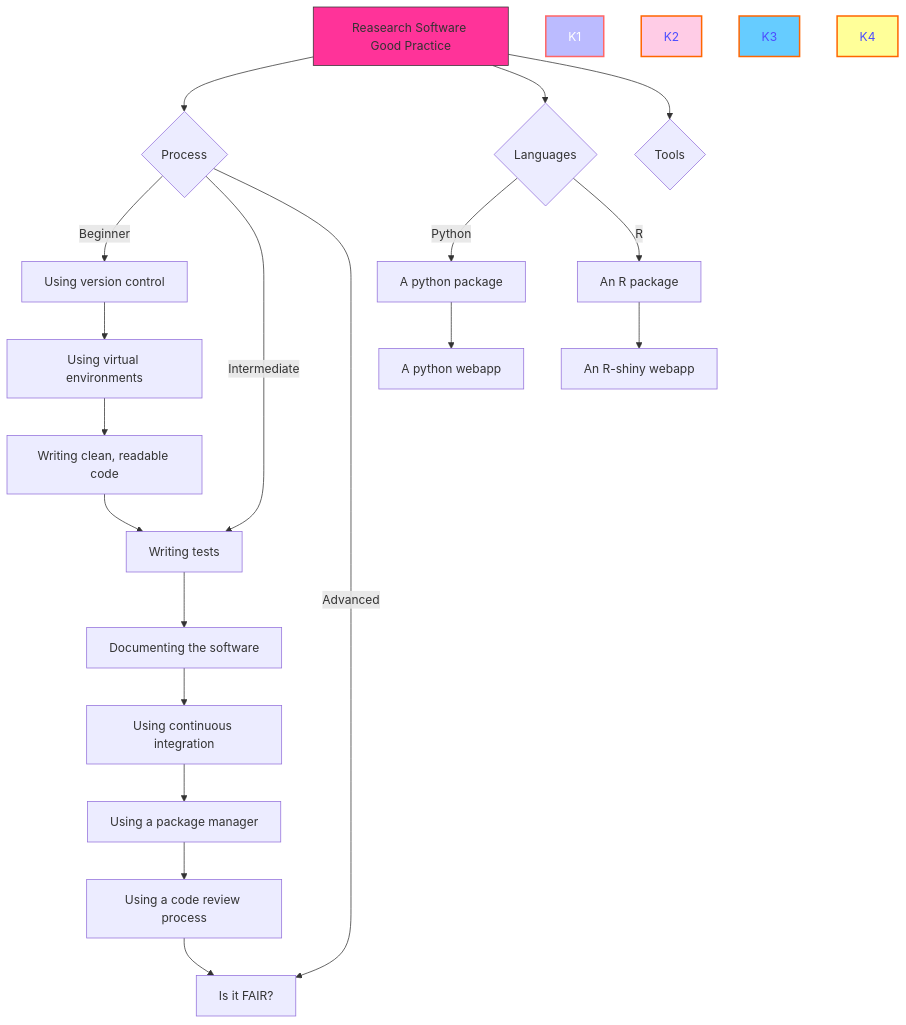
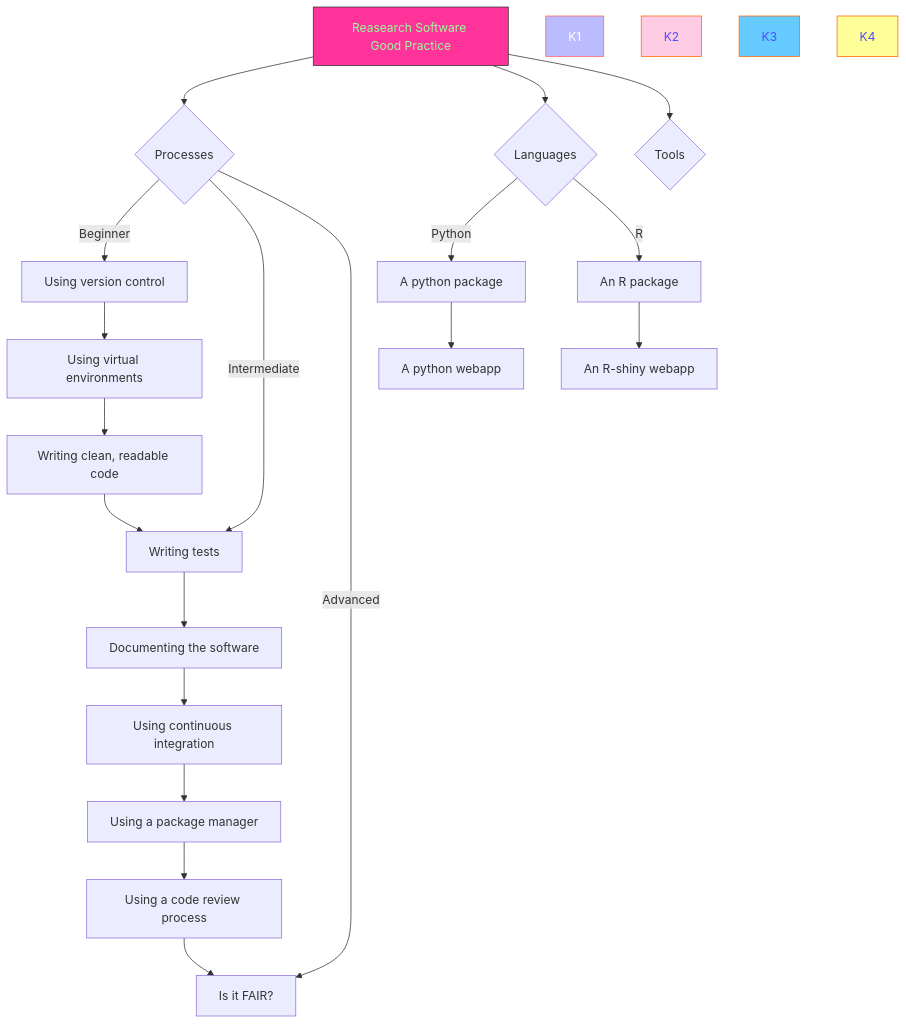
Before and after one commit to ICR-SC/good-practice: the second of 2 diagrams in docs/index.md, drawn with Mermaid.

Commit message:
text color

````diff
--- a/docs/index.md
+++ b/docs/index.md
@@ -19,28 +19,28 @@
 ``` mermaid
 graph TD  
-  A[Reasearch Software Good Practice] --> B{Process};
+  A[Reasearch Software Good Practice] --> B{Processes};
   B -->|Beginner| C[Using version control];
   C --> D[Using virtual environments];
   D --> E[Writing clean, readable code];
   E --> F[Writing tests];
   B ---->|Intermediate| F;
   F --> G[Documenting the software];
   G --> H[Using continuous integration];
   H --> I[Using a package manager];
   I --> J[Using a code review process];
   J --> K[Is it FAIR?];
   B ---->|Advanced| K;
   A --> EB{Languages};
   EB --> |Python| PA[A python package];
   PA --> PB[A python webapp];
   EB --> |R| RA[An R package];
   RA --> RB[An R-shiny webapp];
   A --> TA{Tools};
   click K1 "https://www.github.com" "This is a tooltip for a link"
-  style A fill:#ff3399,stroke:#333,stroke-width:1px
-  style K1 fill:#bbf,stroke:#f66,stroke-width:2px,color:#fff
-  style K2 fill:#ffcce6,stroke:#ff6600,stroke-width:2px,color:#4d4dff
-  style K3 fill:#66ccff,stroke:#ff6600,stroke-width:2px,color:#4d4dff
-  style K4 fill:#ffff99,stroke:#ff6600,stroke-width:2px,color:#4d4dff
+  style A fill:#ff3399,stroke:#333,stroke-width:1px,color:#99ff99
+  style K1 fill:#bbf,stroke:#f66,stroke-width:1px,color:#fff
+  style K2 fill:#ffcce6,stroke:#ff6600,stroke-width:1px,color:#4d4dff
+  style K3 fill:#66ccff,stroke:#ff6600,stroke-width:1px,color:#4d4dff
+  style K4 fill:#ffff99,stroke:#ff6600,stroke-width:1px,color:#4d4dff
   
 ```
````
